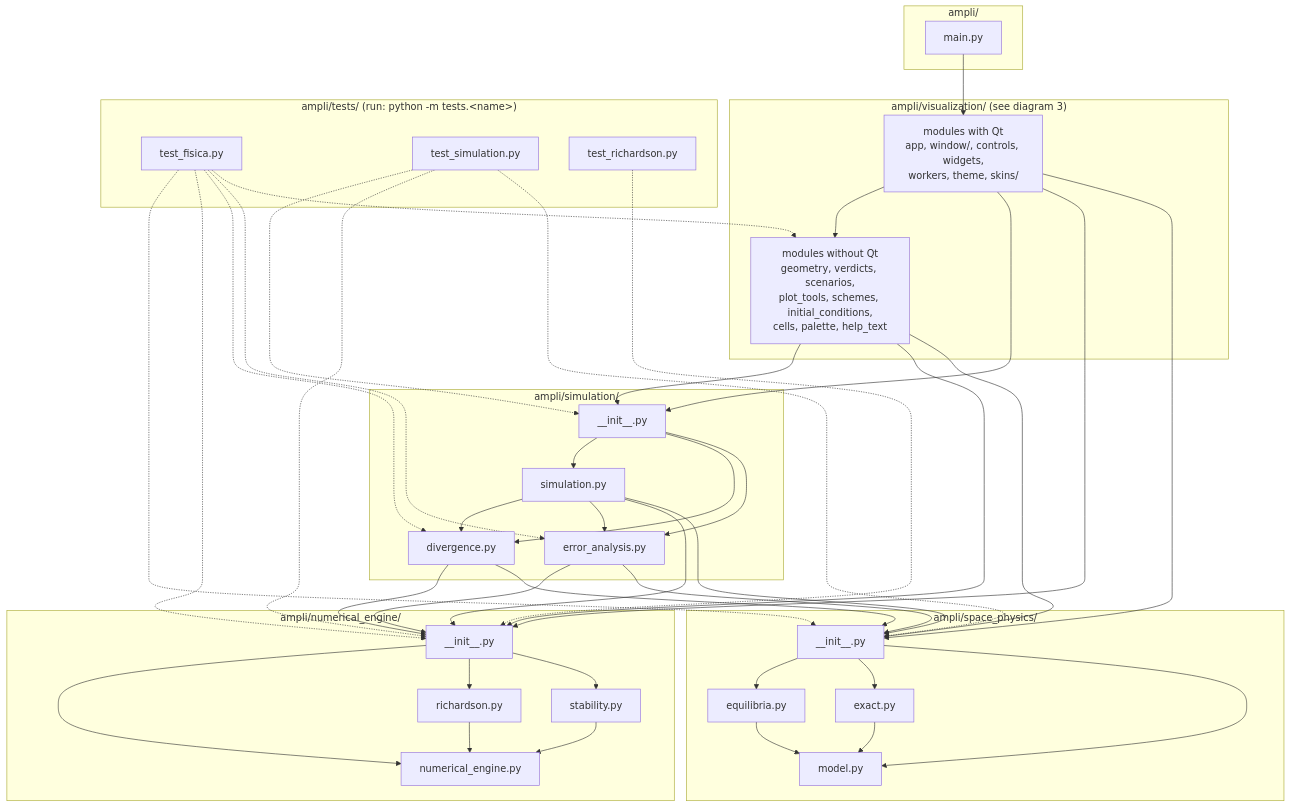
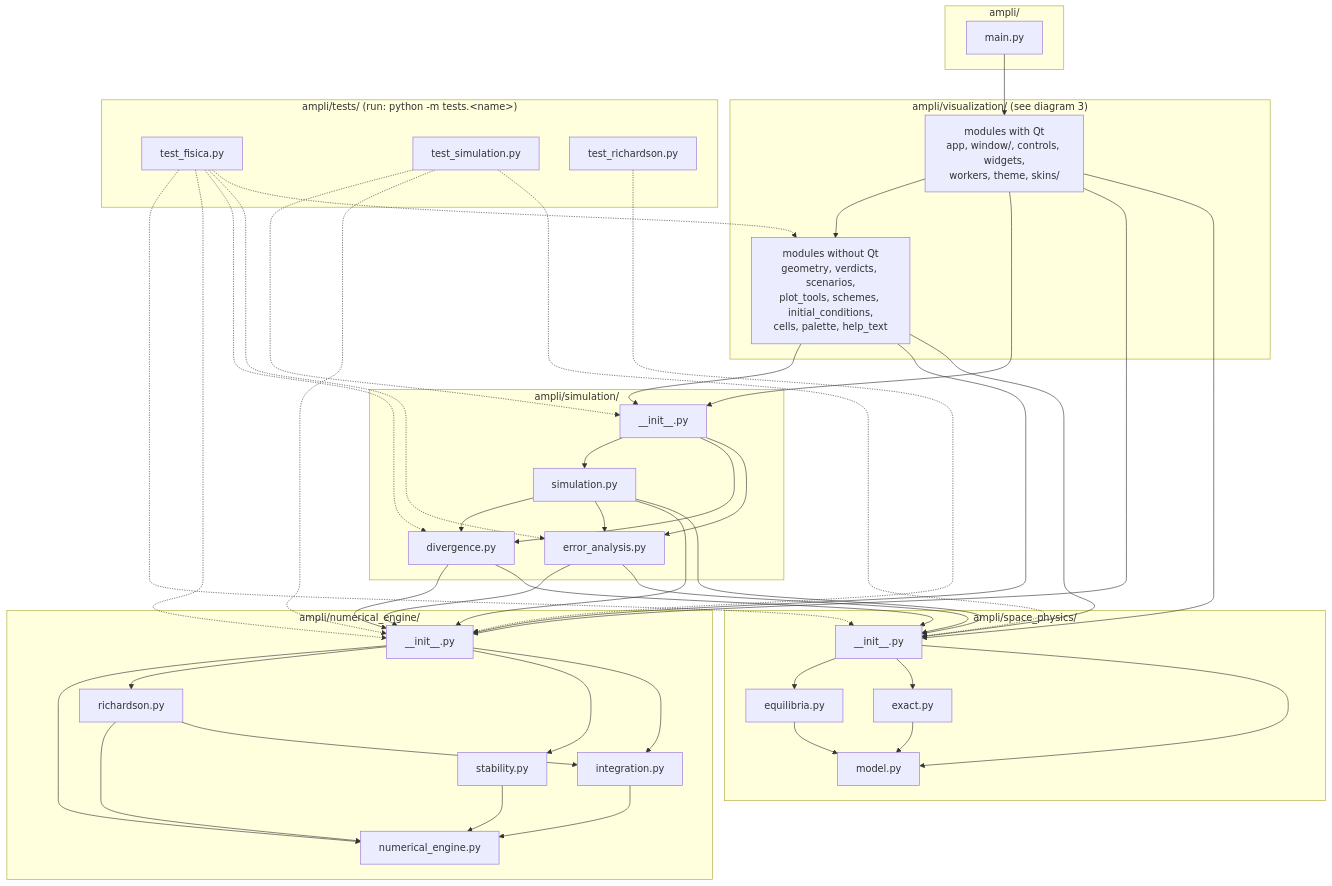
The second of 3 diagrams in read me/FLOWCHART.md (nuriasantamaria/grupo-4---integrantes-Beatriz-Sanz-Nuria-Santamaria-Juanjo-Campillo), drawn with Mermaid before and after one commit. The commit also changed other lines of this file and 7 other files, not shown here.

````diff
--- a/read me/FLOWCHART.md
+++ b/read me/FLOWCHART.md
@@ -82,71 +82,73 @@
 ```mermaid
 flowchart TD
     subgraph ROOT["ampli/"]
         MAIN["main.py"]
     end
 
     subgraph VIS["ampli/visualization/ (see diagram 3)"]
         V_QT["modules with Qt<br/>app, window/, controls, widgets,<br/>workers, theme, skins/"]
         V_PURE["modules without Qt<br/>geometry, verdicts, scenarios,<br/>plot_tools, schemes, initial_conditions,<br/>cells, palette, help_text"]
     end
 
     subgraph SIM["ampli/simulation/"]
         S_INIT["__init__.py"]
         S_SIM["simulation.py"]
         S_DIV["divergence.py"]
         S_ERR["error_analysis.py"]
     end
 
     subgraph ENG["ampli/numerical_engine/"]
         E_INIT["__init__.py"]
         E_RICH["richardson.py"]
         E_STAB["stability.py"]
+        E_INT["integration.py"]
         E_NE["numerical_engine.py"]
     end
 
     subgraph PHYS["ampli/space_physics/"]
         P_INIT["__init__.py"]
         P_EQ["equilibria.py"]
         P_EX["exact.py"]
         P_MOD["model.py"]
     end
 
     subgraph TESTS["ampli/tests/ (run: python -m tests.&lt;name&gt;)"]
         T_FIS["test_fisica.py"]
         T_SIM["test_simulation.py"]
         T_RICH["test_richardson.py"]
     end
 
     MAIN --> V_QT
     V_QT --> V_PURE
     V_QT --> S_INIT
     V_QT --> E_INIT
     V_QT --> P_INIT
     V_PURE --> S_INIT
     V_PURE --> E_INIT
     V_PURE --> P_INIT
 
     S_INIT --> S_SIM
     S_INIT --> S_DIV
     S_INIT --> S_ERR
     S_SIM --> S_DIV
     S_SIM --> S_ERR
     S_SIM --> E_INIT
     S_SIM --> P_INIT
     S_DIV --> E_INIT
     S_DIV --> P_INIT
     S_ERR --> E_INIT
     S_ERR --> P_INIT
 
-    E_INIT --> E_NE & E_RICH & E_STAB
-    E_RICH --> E_NE
+    E_INIT --> E_NE & E_RICH & E_STAB & E_INT
+    E_RICH --> E_NE & E_INT
     E_STAB --> E_NE
+    E_INT --> E_NE
 
     P_INIT --> P_EQ & P_EX & P_MOD
     P_EQ --> P_MOD
     P_EX --> P_MOD
 
     T_FIS -.-> P_INIT & E_INIT & S_DIV & S_ERR & V_PURE
     T_SIM -.-> S_INIT & E_INIT & P_INIT
     T_RICH -.-> E_INIT
 ```
````
